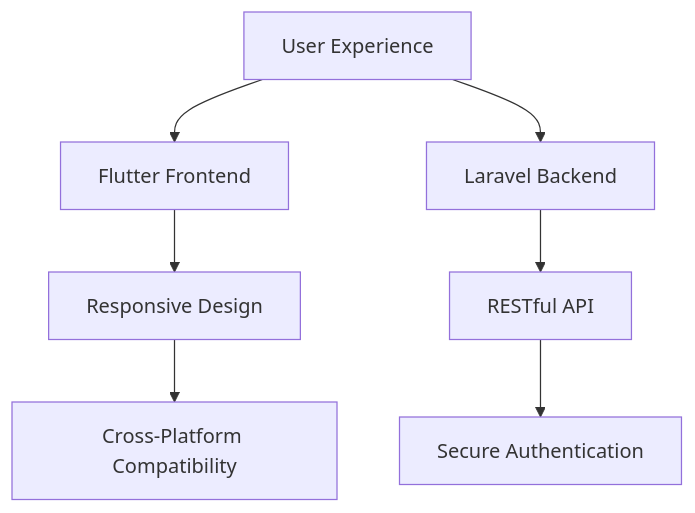
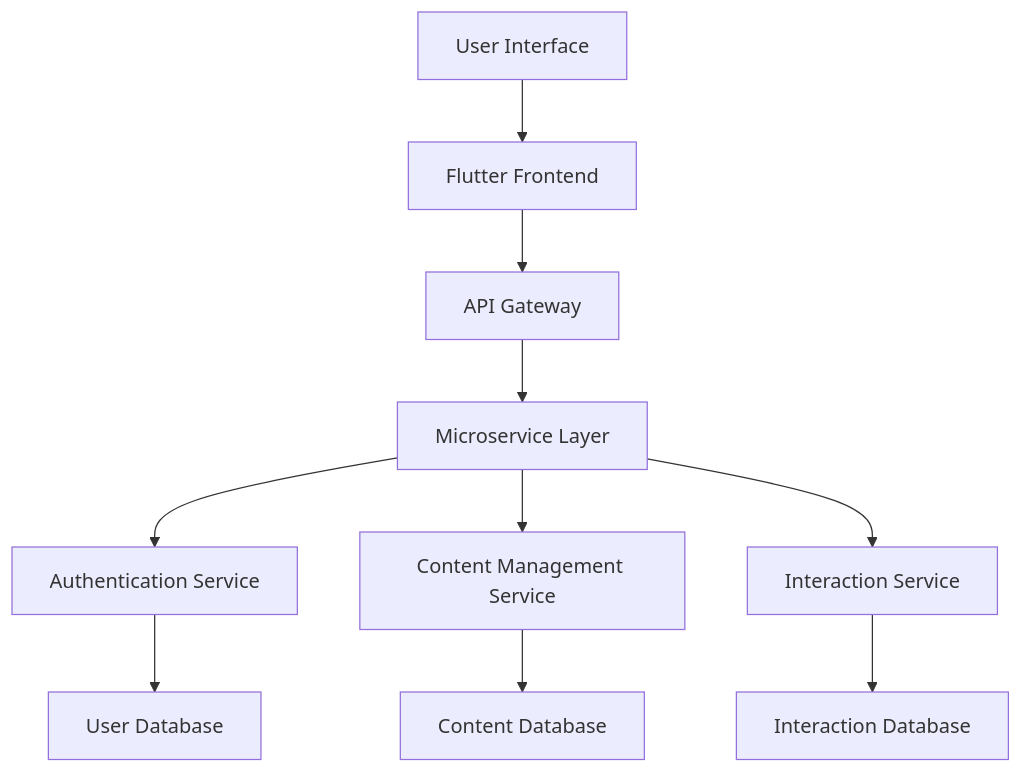
Before and after one commit to Ngum12/Individual-Assignment-02: the diagram in freeworld_post/README.md, drawn with Mermaid. The commit also changed other lines of this file, not shown here.

````diff
--- a/freeworld_post/README.md
+++ b/freeworld_post/README.md
@@ -21,9 +41,12 @@
 ```mermaid
 graph TD
-    A[User Experience] --> B[Flutter Frontend]
-    A --> C[Laravel Backend]
-    B --> D[Responsive Design]
-    C --> E[RESTful API]
-    D --> F[Cross-Platform Compatibility]
-    E --> G[Secure Authentication]
+    A[User Interface] --> B[Flutter Frontend]
+    B --> C[API Gateway]
+    C --> D[Microservice Layer]
+    D --> E[Authentication Service]
+    D --> F[Content Management Service]
+    D --> G[Interaction Service]
+    E --> H[User Database]
+    F --> I[Content Database]
+    G --> J[Interaction Database]
 ```
````
